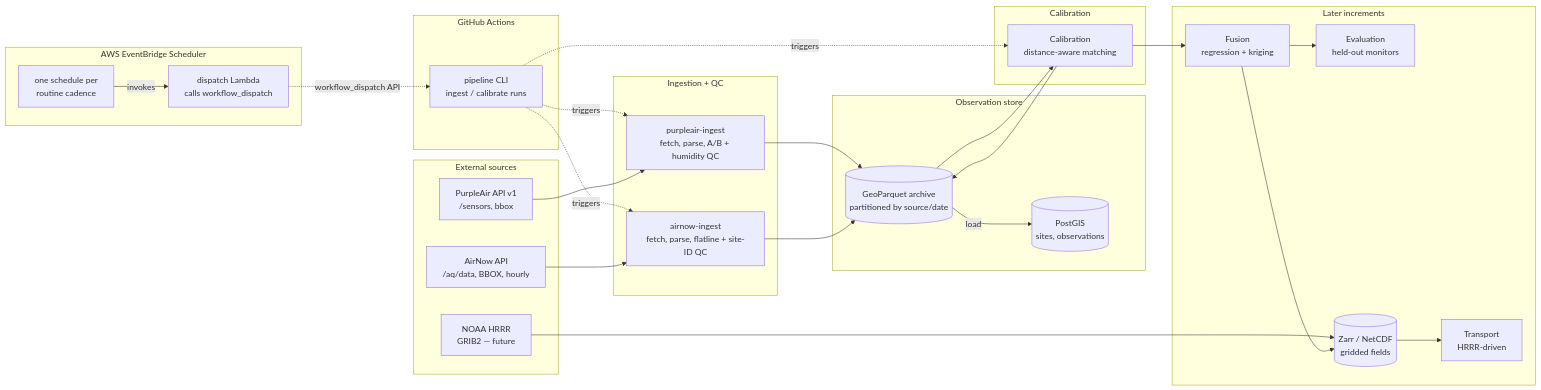
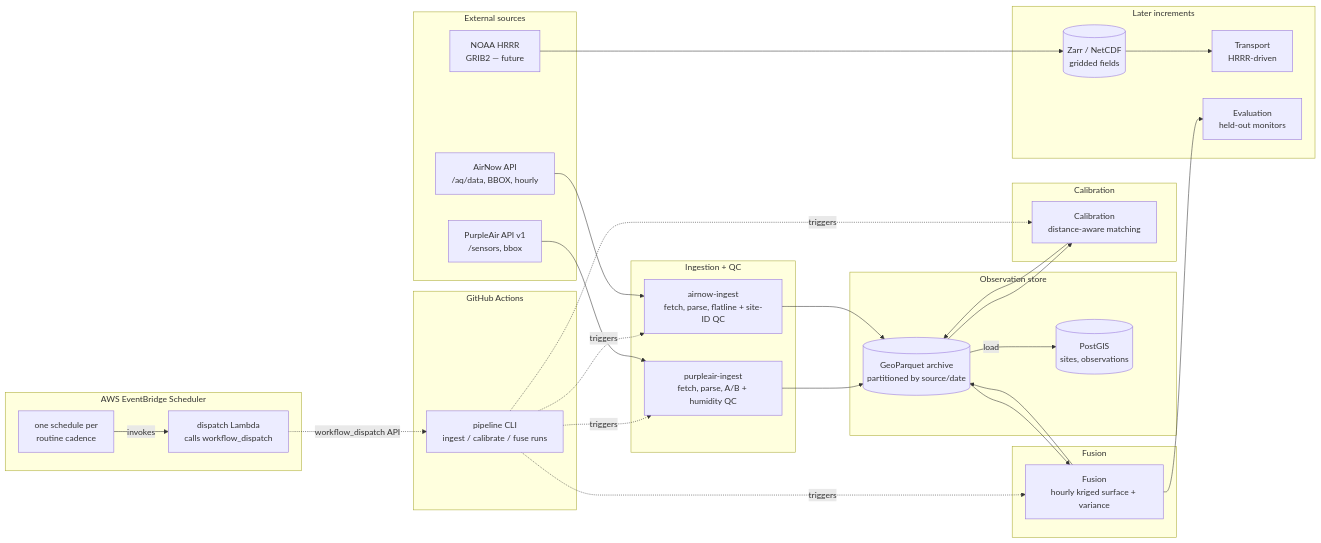
The diagram in docs/high-level-design.md (mattjtravers/air-quality-digital-twin), drawn with Mermaid before and after one commit. The commit also changed other lines of this file and 45 other files, not shown here.

````diff
--- a/docs/high-level-design.md
+++ b/docs/high-level-design.md
@@ -133,51 +137,55 @@
 ```mermaid
 flowchart LR
     subgraph trigger [AWS EventBridge Scheduler]
         EBS[one schedule per<br/>routine cadence]
         LAM[dispatch Lambda<br/>calls workflow_dispatch]
         EBS -->|invokes| LAM
     end
 
     subgraph schedule [GitHub Actions]
-        SCH[pipeline CLI<br/>ingest / calibrate runs]
+        SCH[pipeline CLI<br/>ingest / calibrate / fuse runs]
     end
 
     subgraph sources [External sources]
         PA[PurpleAir API v1<br/>/sensors, bbox]
         AN[AirNow API<br/>/aq/data, BBOX, hourly]
         HR[NOAA HRRR<br/>GRIB2 — future]
     end
 
     subgraph ingest [Ingestion + QC]
         PAI[purpleair-ingest<br/>fetch, parse, A/B + humidity QC]
         ANI[airnow-ingest<br/>fetch, parse, flatline + site-ID QC]
     end
 
     subgraph store [Observation store]
         ARC[(GeoParquet archive<br/>partitioned by source/date)]
         PG[(PostGIS<br/>sites, observations)]
     end
 
     subgraph calibration [Calibration]
         CAL[Calibration<br/>distance-aware matching]
     end
 
+    subgraph fusion [Fusion]
+        FUS[Fusion<br/>hourly kriged surface + variance]
+    end
+
     subgraph future [Later increments]
-        FUS[Fusion<br/>regression + kriging]
         TRN[Transport<br/>HRRR-driven]
         EVL[Evaluation<br/>held-out monitors]
         ZR[(Zarr / NetCDF<br/>gridded fields)]
     end
 
     LAM -.->|workflow_dispatch API| SCH
     SCH -.->|triggers| PAI
     SCH -.->|triggers| ANI
     SCH -.->|triggers| CAL
+    SCH -.->|triggers| FUS
     PA --> PAI --> ARC
     AN --> ANI --> ARC
     ARC -->|load| PG
     ARC --> CAL --> ARC
-    CAL --> FUS --> EVL
+    ARC --> FUS --> ARC
+    FUS --> EVL
     HR --> ZR --> TRN
-    FUS --> ZR
 ```
````
